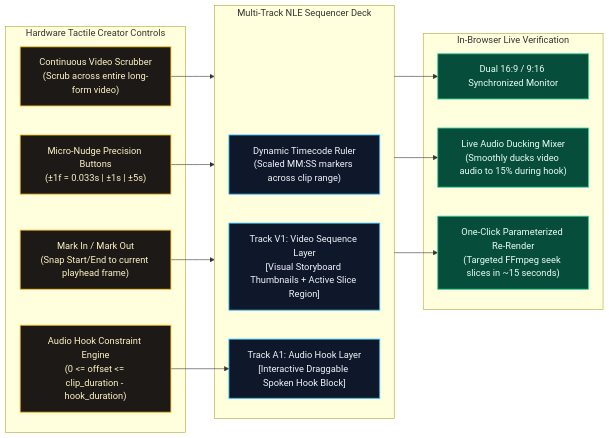
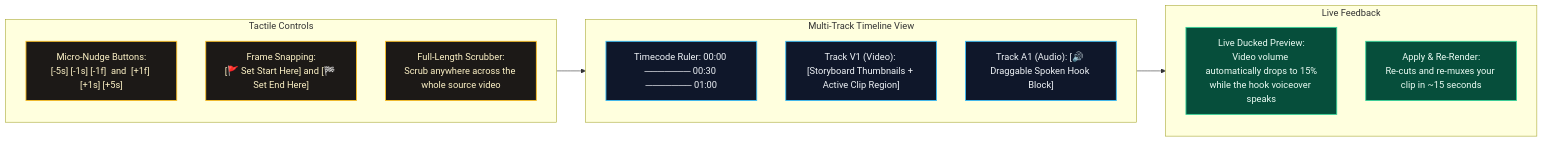
Before and after one commit to DivyamJoshi2005/Alfred: the fourth of 6 diagrams in README.md, drawn with Mermaid. The commit also changed other lines of this file and 1 other file, not shown here.

Commit message:
docs: rewrite READMEs in human-friendly, plain English with clear intuitive flowcharts

````diff
--- a/README.md
+++ b/README.md
@@ -358,33 +177,26 @@
 ```mermaid
 flowchart LR
     classDef track fill:#0f172a,stroke:#38bdf8,stroke-width:1.5px,color:#f1f5f9;
-    classDef control fill:#1c1917,stroke:#fbbf24,stroke-width:1.5px,color:#fef3c7;
+    classDef action fill:#1c1917,stroke:#fbbf24,stroke-width:1.5px,color:#fef3c7;
     classDef monitor fill:#064e3b,stroke:#34d399,stroke-width:1.5px,color:#ecfdf5;
 
-    subgraph TimelineDeck ["Multi-Track NLE Sequencer Deck"]
-        Ruler["Dynamic Timecode Ruler\n(Scaled MM:SS markers across clip range)"]:::track
-        TrackV1["Track V1: Video Sequence Layer\n[Visual Storyboard Thumbnails + Active Slice Region]"]:::track
-        TrackA1["Track A1: Audio Hook Layer\n[Interactive Draggable Spoken Hook Block]"]:::track
+    subgraph Sequencer ["Multi-Track Timeline View"]
+        T_Ruler["Timecode Ruler: 00:00 ─────── 00:30 ─────── 01:00"]:::track
+        T_V1["Track V1 (Video): [Storyboard Thumbnails + Active Clip Region]"]:::track
+        T_A1["Track A1 (Audio): [🔊 Draggable Spoken Hook Block]"]:::track
     end
 
-    subgraph Controls ["Hardware Tactile Creator Controls"]
-        Scrub["Continuous Video Scrubber\n(Scrub across entire long-form video)"]:::control
-        MicroNudge["Micro-Nudge Precision Buttons\n(±1f = 0.033s | ±1s | ±5s)"]:::control
-        Snapping["Mark In / Mark Out\n(Snap Start/End to current playhead frame)"]:::control
-        ConstrainedDrag["Audio Hook Constraint Engine\n(0 <= offset <= clip_duration - hook_duration)"]:::control
+    subgraph Controls ["Tactile Controls"]
+        Nudge["Micro-Nudge Buttons:\n[-5s] [-1s] [-1f]  and  [+1f] [+1s] [+5s]"]:::action
+        Snap["Frame Snapping:\n[🚩 Set Start Here] and [🏁 Set End Here]"]:::action
+        Scrub["Full-Length Scrubber:\nScrub anywhere across the whole source video"]:::action
     end
 
-    subgraph MonitorEngine ["In-Browser Live Verification"]
-        DualMonitor["Dual 16:9 / 9:16 Synchronized Monitor"]:::monitor
-        LiveDucking["Live Audio Ducking Mixer\n(Smoothly ducks video audio to 15% during hook)"]:::monitor
-        FastRerender["One-Click Parameterized Re-Render\n(Targeted FFmpeg seek slices in ~15 seconds)"]:::monitor
+    subgraph Feedback ["Live Feedback"]
+        LiveAudio["Live Ducked Preview:\nVideo volume automatically drops to 15%\nwhile the hook voiceover speaks"]:::monitor
+        OneClick["Apply & Re-Render:\nRe-cuts and re-muxes your clip in ~15 seconds"]:::monitor
     end
 
-    Scrub --> TimelineDeck
-    MicroNudge --> TimelineDeck
-    Snapping --> TimelineDeck
-    ConstrainedDrag --> TrackA1
-    TimelineDeck --> DualMonitor
-    TimelineDeck --> LiveDucking
-    TimelineDeck --> FastRerender
+    Controls --> Sequencer
+    Sequencer --> Feedback
 ```
````
